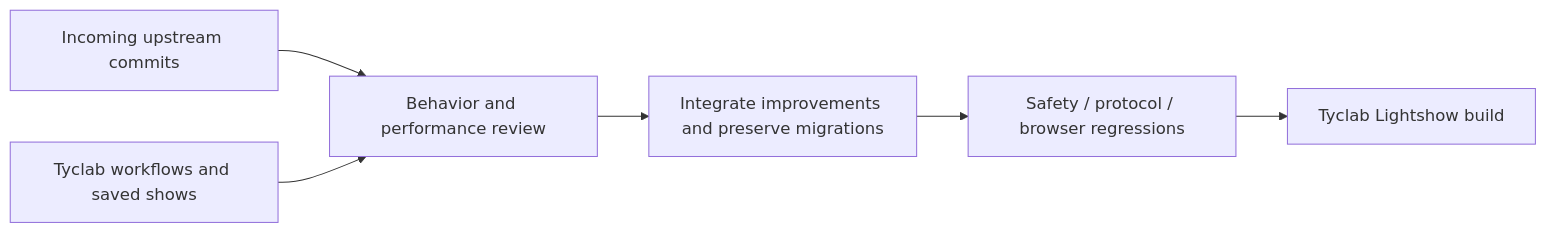
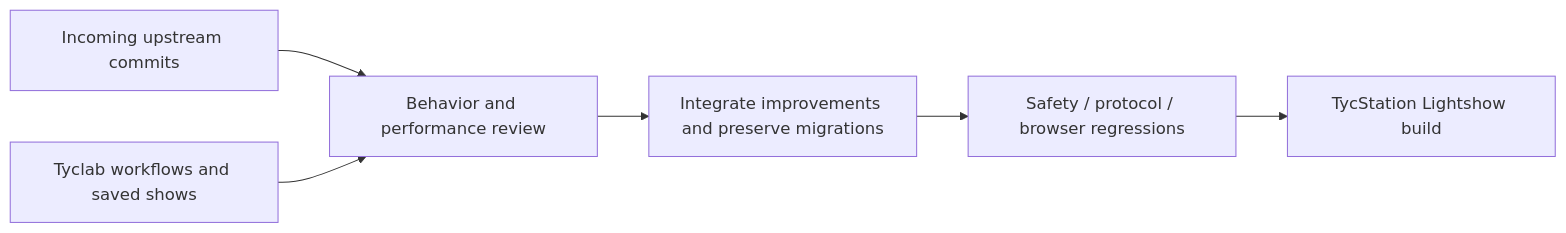
The first of 6 diagrams in README.md (tyclab/artnet-lightshow), drawn with Mermaid before and after one commit. The commit also changed other lines of this file and 28 other files, not shown here.

First line of the commit message:
chore(brand): name the product TycStation Lightshow in every human-visible string

````diff
--- a/README.md
+++ b/README.md
@@ -40,8 +40,8 @@
 ```mermaid
 flowchart LR
   Upstream[Incoming upstream commits] --> Review[Behavior and performance review]
   Fork[Tyclab workflows and saved shows] --> Review
   Review --> Adapt[Integrate improvements and preserve migrations]
   Adapt --> Tests[Safety / protocol / browser regressions]
-  Tests --> Release[Tyclab Lightshow build]
+  Tests --> Release[TycStation Lightshow build]
 ```
````
